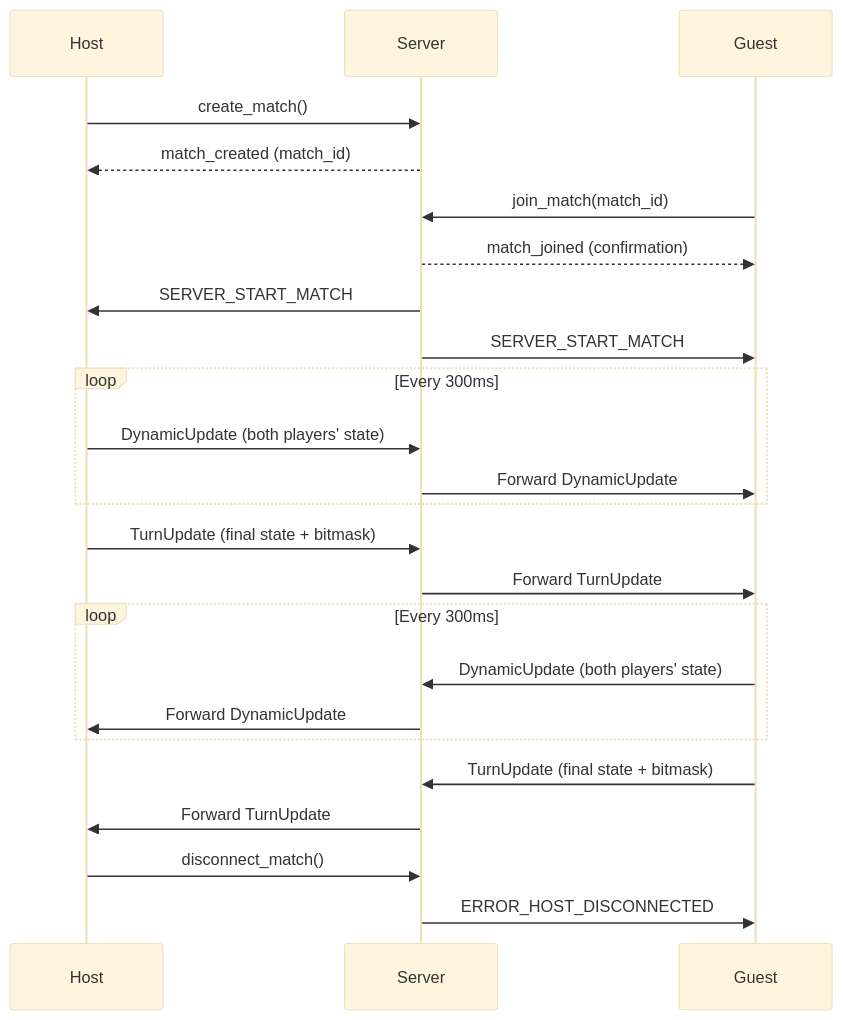
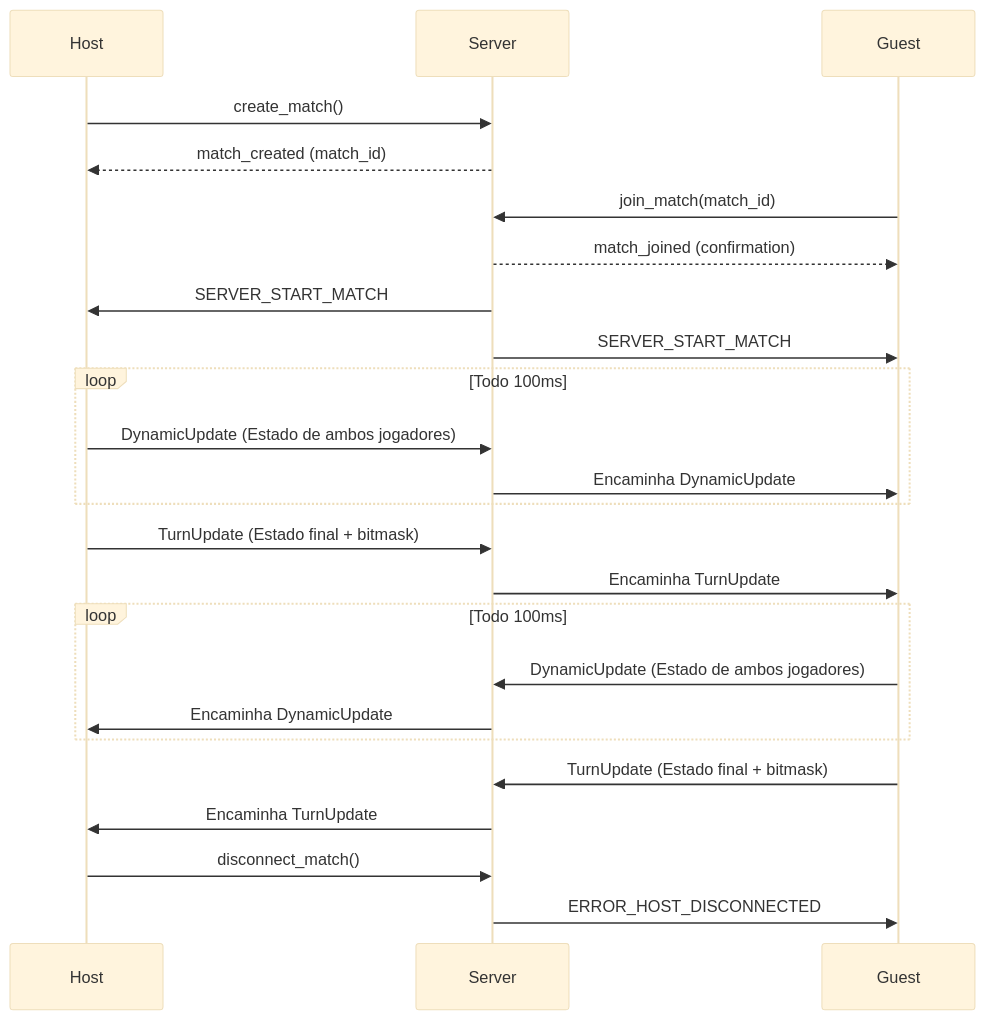
One commit to zRafaF/tankinho changed the first of 2 diagrams in README.md. Above: the diagram before and after it, drawn with Mermaid (base theme).

Commit message:
readme update

````diff
--- a/README.md
+++ b/README.md
@@ -78,38 +78,38 @@
 ```mermaid
 sequenceDiagram
     participant Host
     participant Server
     participant Guest
 
     %% Match Creation Phase
     Host->>Server: create_match()
     Server-->>Host: match_created (match_id)
     
     %% Guest Join Phase
     Guest->>Server: join_match(match_id)
     Server-->>Guest: match_joined (confirmation)
     Server->>Host: SERVER_START_MATCH
     Server->>Guest: SERVER_START_MATCH
     
     %% Gameplay Phase (Host's Turn)
-    loop Every 300ms
-        Host->>Server: DynamicUpdate (both players' state)
-        Server->>Guest: Forward DynamicUpdate
+    loop Todo 100ms
+        Host->>Server: DynamicUpdate (Estado de ambos jogadores)
+        Server->>Guest: Encaminha DynamicUpdate
     end
     
-    Host->>Server: TurnUpdate (final state + bitmask)
-    Server->>Guest: Forward TurnUpdate
+    Host->>Server: TurnUpdate (Estado final + bitmask)
+    Server->>Guest: Encaminha TurnUpdate
     
     %% Gameplay Phase (Guest's Turn)
-    loop Every 300ms
-        Guest->>Server: DynamicUpdate (both players' state)
-        Server->>Host: Forward DynamicUpdate
+    loop Todo 100ms
+        Guest->>Server: DynamicUpdate (Estado de ambos jogadores)
+        Server->>Host: Encaminha DynamicUpdate
     end
     
-    Guest->>Server: TurnUpdate (final state + bitmask)
-    Server->>Host: Forward TurnUpdate
+    Guest->>Server: TurnUpdate (Estado final + bitmask)
+    Server->>Host: Encaminha TurnUpdate
     
     %% Disconnection Handling
     Host->>Server: disconnect_match()
     Server->>Guest: ERROR_HOST_DISCONNECTED
 ```
````
